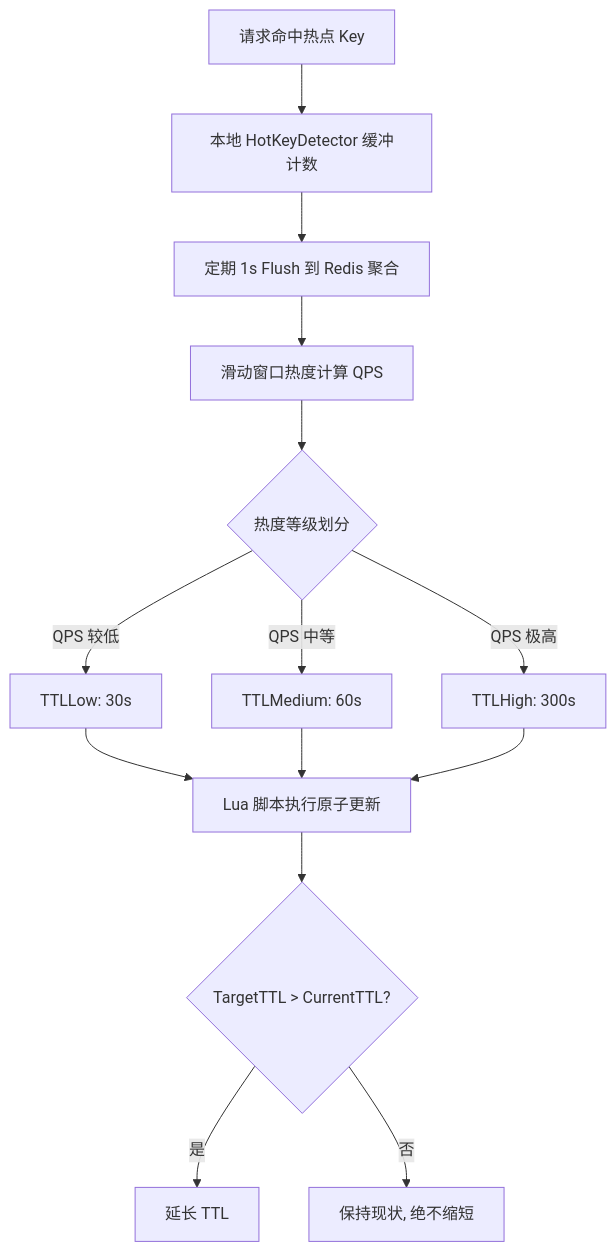
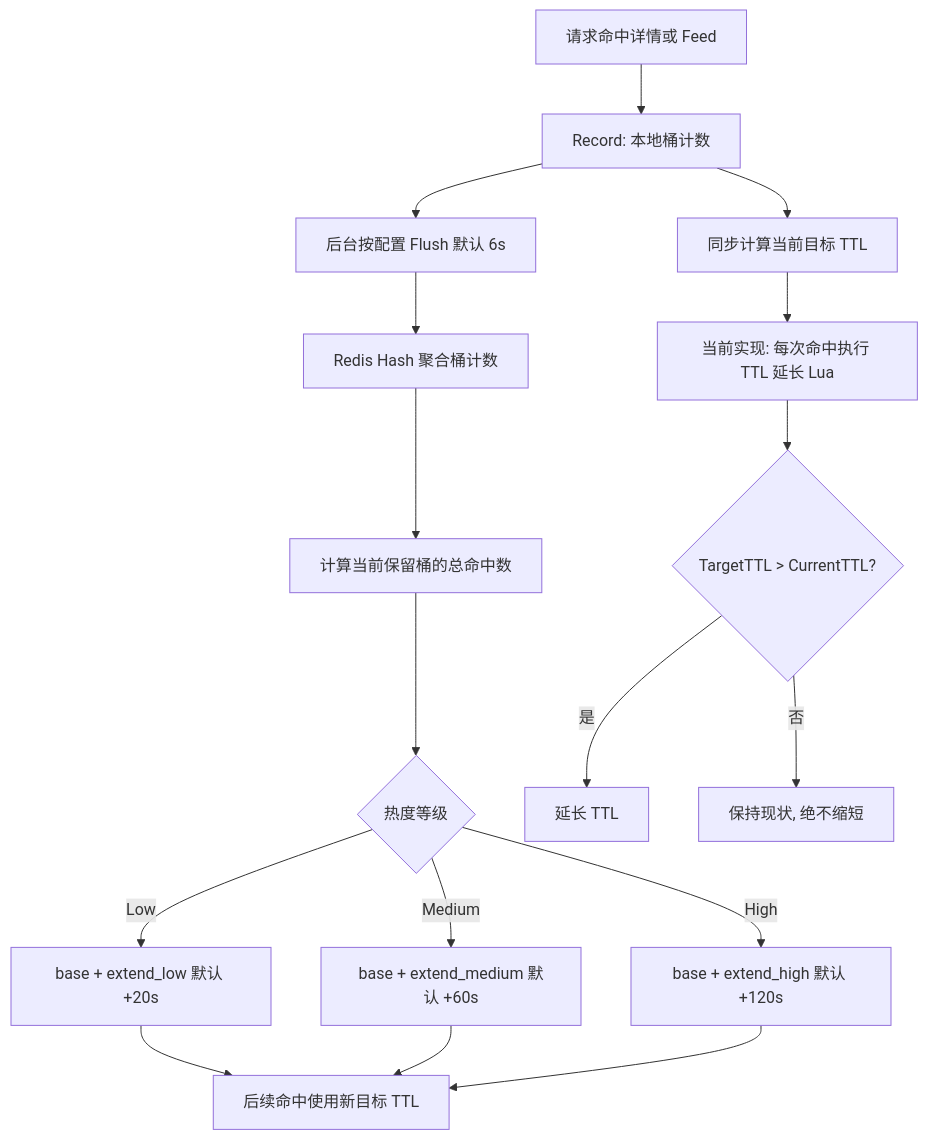
The third of 13 diagrams in docs/modules/09-热点缓存与多级缓存策略.md (bitladykiller/zhiguang_go), drawn with Mermaid before and after one commit. The commit also changed other lines of this file and 5 other files, not shown here.

````diff
--- a/docs/modules/09-热点缓存与多级缓存策略.md
+++ b/docs/modules/09-热点缓存与多级缓存策略.md
@@ -93,14 +93,17 @@
 ```mermaid
 flowchart TD
-    A[请求命中热点 Key] --> B[本地 HotKeyDetector 缓冲计数]
-    B --> C[定期 1s Flush 到 Redis 聚合]
-    C --> D[滑动窗口热度计算 QPS]
-    D --> E{热度等级划分}
-    E -->|QPS 较低| E1[TTLLow: 30s]
-    E -->|QPS 中等| E2[TTLMedium: 60s]
-    E -->|QPS 极高| E3[TTLHigh: 300s]
-    E1 & E2 & E3 --> F[Lua 脚本执行原子更新]
-    F --> G{TargetTTL > CurrentTTL?}
-    G -->|是| H[延长 TTL]
-    G -->|否| I[保持现状, 绝不缩短]
+    A[请求命中详情或 Feed] --> B[Record: 本地桶计数]
+    B --> C[同步计算当前目标 TTL]
+    C --> D[当前实现: 每次命中执行 TTL 延长 Lua]
+    B --> E[后台按配置 Flush 默认 6s]
+    E --> F[Redis Hash 聚合桶计数]
+    F --> G[计算当前保留桶的总命中数]
+    G --> H{热度等级}
+    H -->|Low| I[base + extend_low 默认 +20s]
+    H -->|Medium| J[base + extend_medium 默认 +60s]
+    H -->|High| K[base + extend_high 默认 +120s]
+    I & J & K --> L[后续命中使用新目标 TTL]
+    D --> M{TargetTTL > CurrentTTL?}
+    M -->|是| N[延长 TTL]
+    M -->|否| O[保持现状, 绝不缩短]
 ```
````
